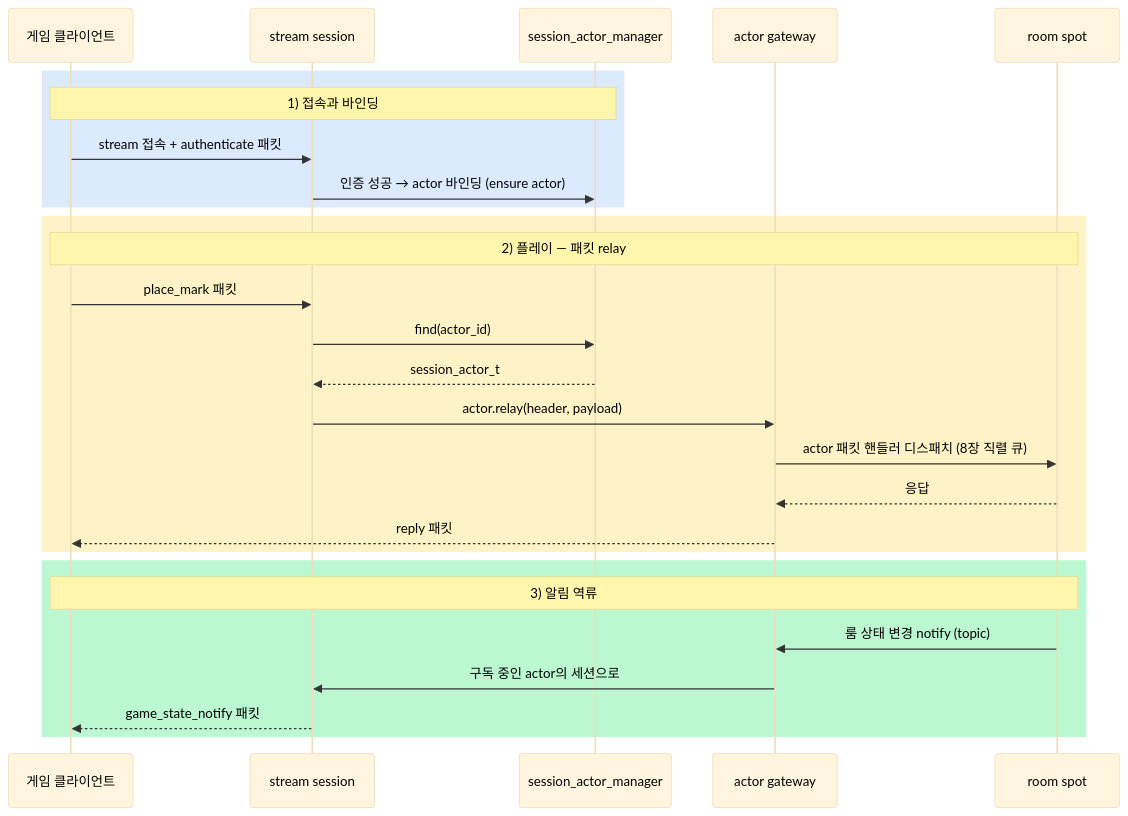
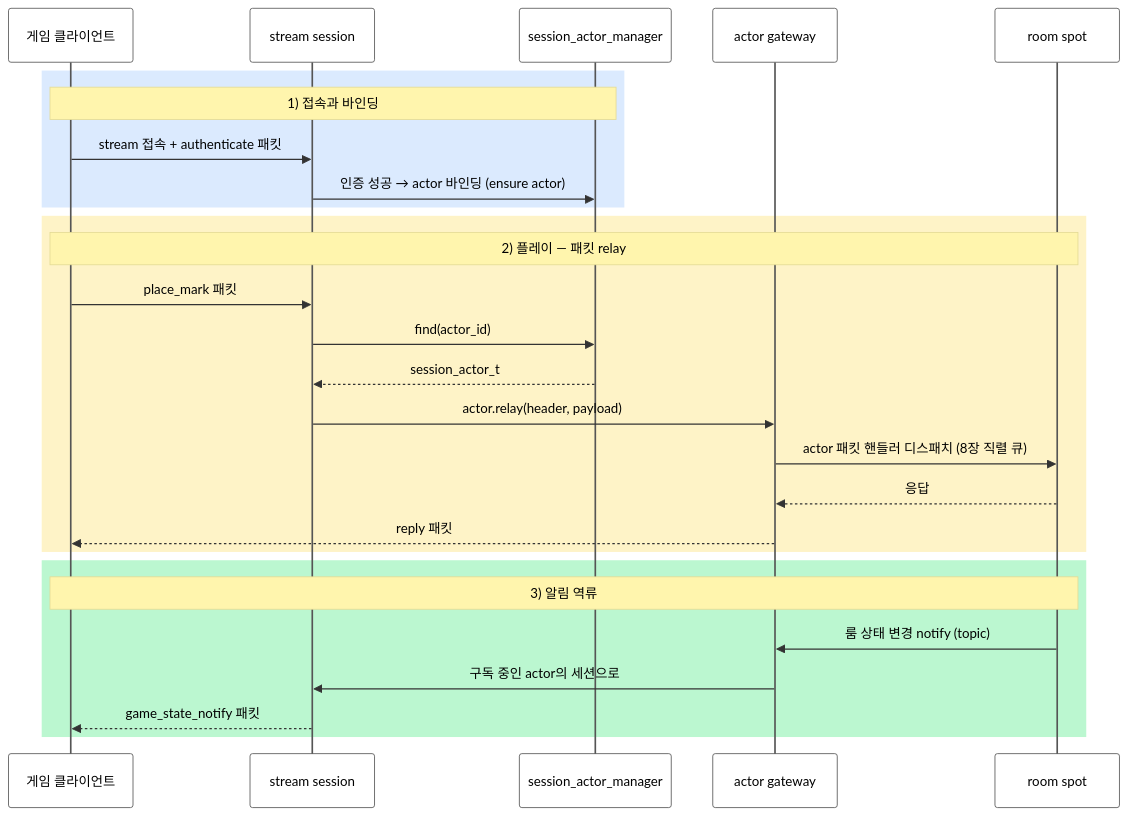
One commit to kairos-code-dev/zlink changed the diagram in framework/languages/cpp/doc/guide/09-actor-session.ko.md. Above: the diagram before and after it, drawn with Mermaid.

Commit message:
docs(cpp): fix participant box text visibility in sequence diagram
add actorBkg:#ffffff and actorBorder:#555555 to force light participant
background so black actorTextColor is readable

````diff
--- a/framework/languages/cpp/doc/guide/09-actor-session.ko.md
+++ b/framework/languages/cpp/doc/guide/09-actor-session.ko.md
@@ -12,33 +12,33 @@
 ```mermaid
-%%{init: {'theme': 'base', 'themeVariables': {'signalTextColor': '#000000', 'actorTextColor': '#000000', 'noteTextColor': '#000000', 'activationBorderColor': '#555555'}}}%%
+%%{init: {'theme': 'base', 'themeVariables': {'signalTextColor': '#000000', 'actorTextColor': '#000000', 'noteTextColor': '#000000', 'actorBkg': '#ffffff', 'actorBorder': '#555555', 'activationBorderColor': '#555555'}}}%%
 sequenceDiagram
     participant C as 게임 클라이언트
     participant SS as stream session
     participant AM as session_actor_manager
     participant GW as actor gateway
     participant SP as room spot
 
     rect rgb(219, 234, 254)
     Note over C,AM: 1) 접속과 바인딩
     C->>SS: stream 접속 + authenticate 패킷
     SS->>AM: 인증 성공 → actor 바인딩 (ensure actor)
     end
 
     rect rgb(254, 243, 199)
     Note over C,SP: 2) 플레이 — 패킷 relay
     C->>SS: place_mark 패킷
     SS->>AM: find(actor_id)
     AM-->>SS: session_actor_t
     SS->>GW: actor.relay(header, payload)
     GW->>SP: actor 패킷 핸들러 디스패치 (8장 직렬 큐)
     SP-->>GW: 응답
     GW-->>C: reply 패킷
     end
 
     rect rgb(187, 247, 208)
     Note over SP,C: 3) 알림 역류
     SP->>GW: 룸 상태 변경 notify (topic)
     GW->>SS: 구독 중인 actor의 세션으로
     SS-->>C: game_state_notify 패킷
     end
 ```
````
